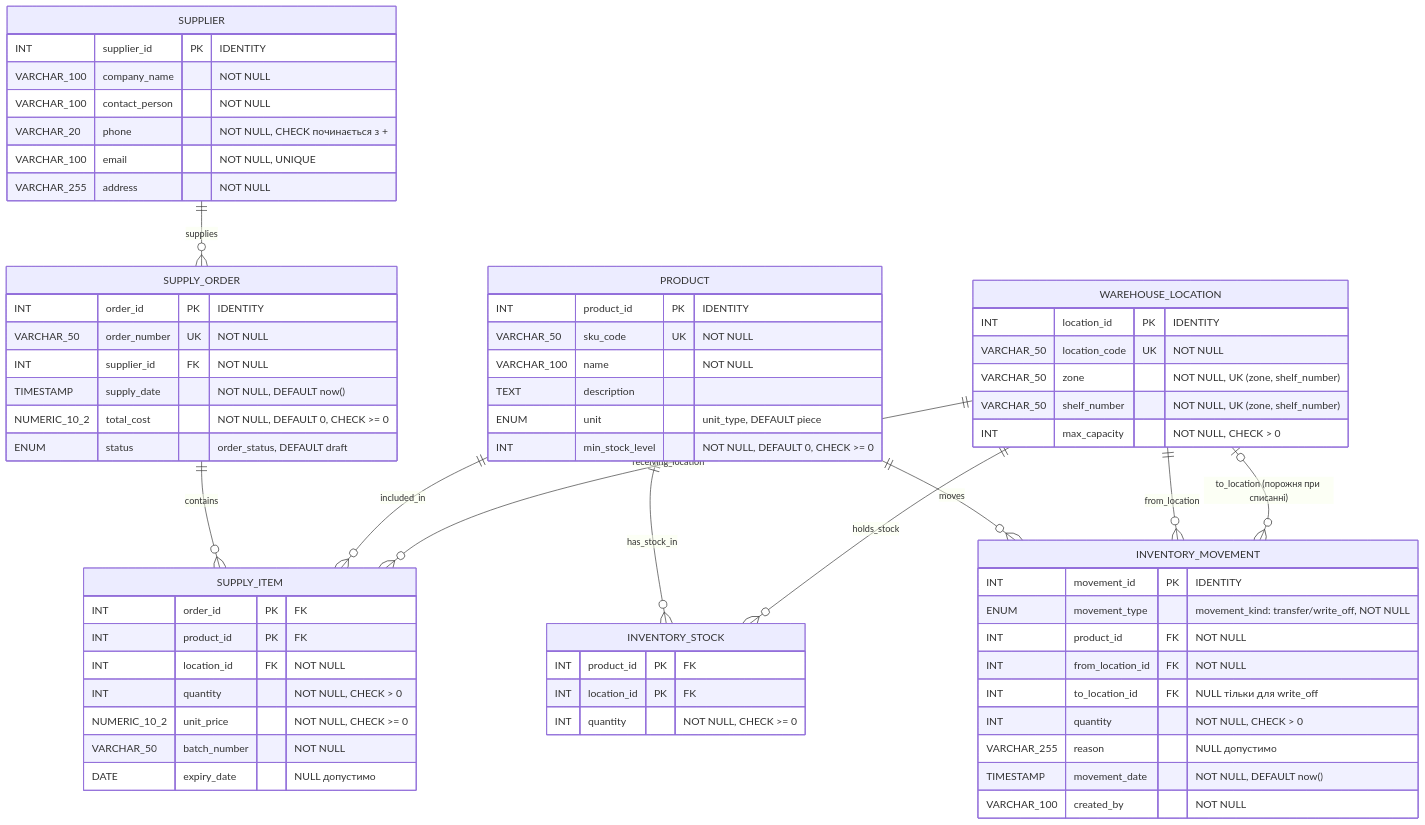
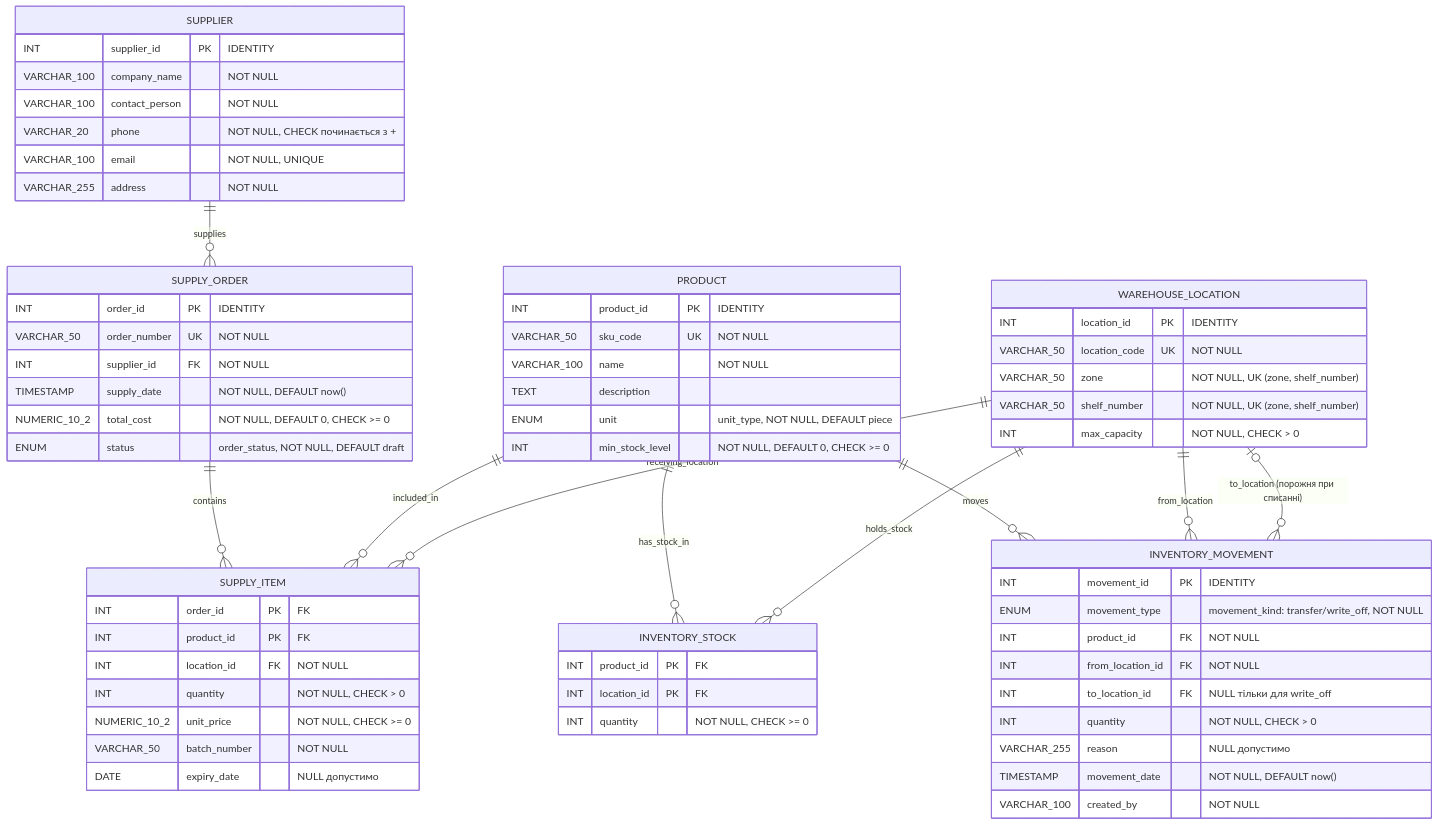
One commit to ZheniaTrochun/db-intro-course changed the diagram in labs/3 - OLTP/docs/adr/diagram.mmd. Above: the diagram before and after it, drawn with Mermaid. The commit also changed 5 other files, not shown here.

```diff
--- a/labs/3 - OLTP/docs/adr/diagram.mmd
+++ b/labs/3 - OLTP/docs/adr/diagram.mmd
@@ -1,73 +1,73 @@
 erDiagram
     SUPPLIER ||--o{ SUPPLY_ORDER : "supplies"
     SUPPLY_ORDER ||--o{ SUPPLY_ITEM : "contains"
     PRODUCT ||--o{ SUPPLY_ITEM : "included_in"
     WAREHOUSE_LOCATION ||--o{ SUPPLY_ITEM : "receiving_location"
     PRODUCT ||--o{ INVENTORY_STOCK : "has_stock_in"
     WAREHOUSE_LOCATION ||--o{ INVENTORY_STOCK : "holds_stock"
     PRODUCT ||--o{ INVENTORY_MOVEMENT : "moves"
     WAREHOUSE_LOCATION ||--o{ INVENTORY_MOVEMENT : "from_location"
     WAREHOUSE_LOCATION |o--o{ INVENTORY_MOVEMENT : "to_location (порожня при списанні)"
 
     SUPPLIER {
         INT supplier_id PK "IDENTITY"
         VARCHAR_100 company_name "NOT NULL"
         VARCHAR_100 contact_person "NOT NULL"
         VARCHAR_20 phone "NOT NULL, CHECK починається з +"
         VARCHAR_100 email "NOT NULL, UNIQUE"
         VARCHAR_255 address "NOT NULL"
     }
 
     PRODUCT {
         INT product_id PK "IDENTITY"
         VARCHAR_50 sku_code UK "NOT NULL"
         VARCHAR_100 name "NOT NULL"
         TEXT description
-        ENUM unit "unit_type, DEFAULT piece"
+        ENUM unit "unit_type, NOT NULL, DEFAULT piece"
         INT min_stock_level "NOT NULL, DEFAULT 0, CHECK >= 0"
     }
 
     WAREHOUSE_LOCATION {
         INT location_id PK "IDENTITY"
         VARCHAR_50 location_code UK "NOT NULL"
         VARCHAR_50 zone "NOT NULL, UK (zone, shelf_number)"
         VARCHAR_50 shelf_number "NOT NULL, UK (zone, shelf_number)"
         INT max_capacity "NOT NULL, CHECK > 0"
     }
 
     SUPPLY_ORDER {
         INT order_id PK "IDENTITY"
         VARCHAR_50 order_number UK "NOT NULL"
         INT supplier_id FK "NOT NULL"
         TIMESTAMP supply_date "NOT NULL, DEFAULT now()"
         NUMERIC_10_2 total_cost "NOT NULL, DEFAULT 0, CHECK >= 0"
-        ENUM status "order_status, DEFAULT draft"
+        ENUM status "order_status, NOT NULL, DEFAULT draft"
     }
 
     SUPPLY_ITEM {
         INT order_id PK "FK"
         INT product_id PK "FK"
         INT location_id FK "NOT NULL"
         INT quantity "NOT NULL, CHECK > 0"
         NUMERIC_10_2 unit_price "NOT NULL, CHECK >= 0"
         VARCHAR_50 batch_number "NOT NULL"
         DATE expiry_date "NULL допустимо"
     }
 
     INVENTORY_STOCK {
         INT product_id PK "FK"
         INT location_id PK "FK"
         INT quantity "NOT NULL, CHECK >= 0"
     }
 
     INVENTORY_MOVEMENT {
         INT movement_id PK "IDENTITY"
         ENUM movement_type "movement_kind: transfer/write_off, NOT NULL"
         INT product_id FK "NOT NULL"
         INT from_location_id FK "NOT NULL"
         INT to_location_id FK "NULL тільки для write_off"
         INT quantity "NOT NULL, CHECK > 0"
         VARCHAR_255 reason "NULL допустимо"
         TIMESTAMP movement_date "NOT NULL, DEFAULT now()"
         VARCHAR_100 created_by "NOT NULL"
     }
```
